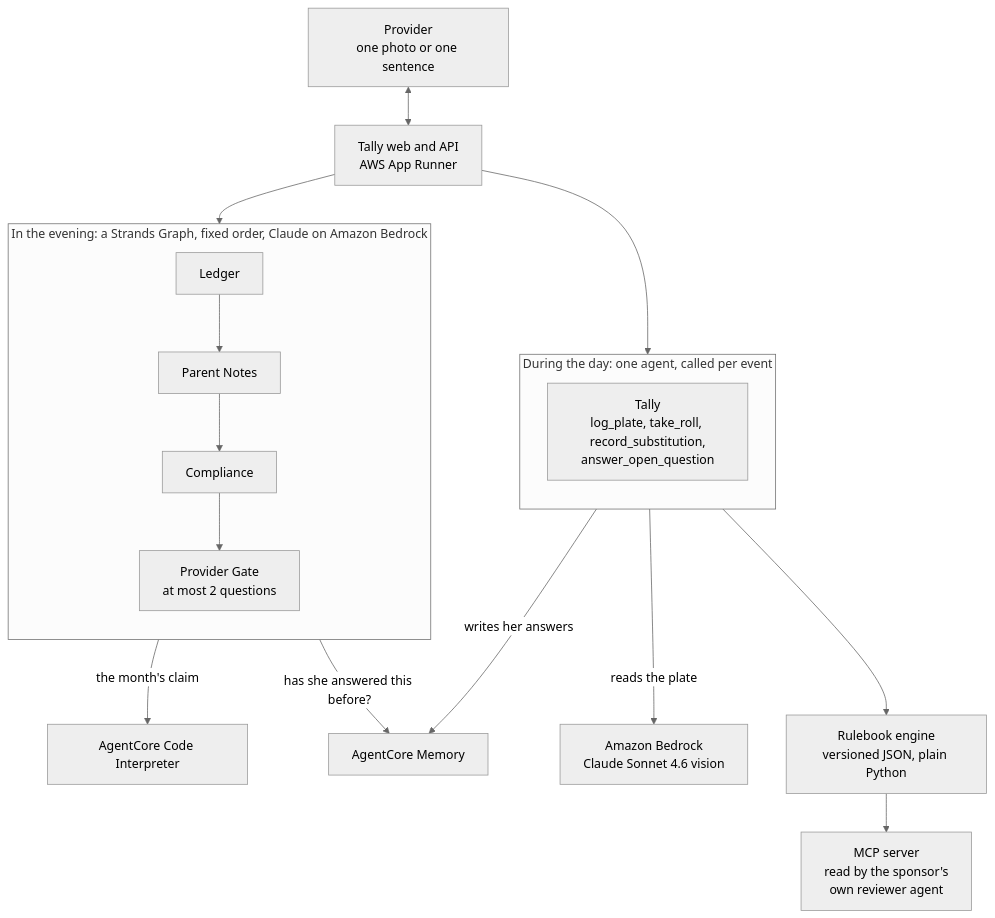
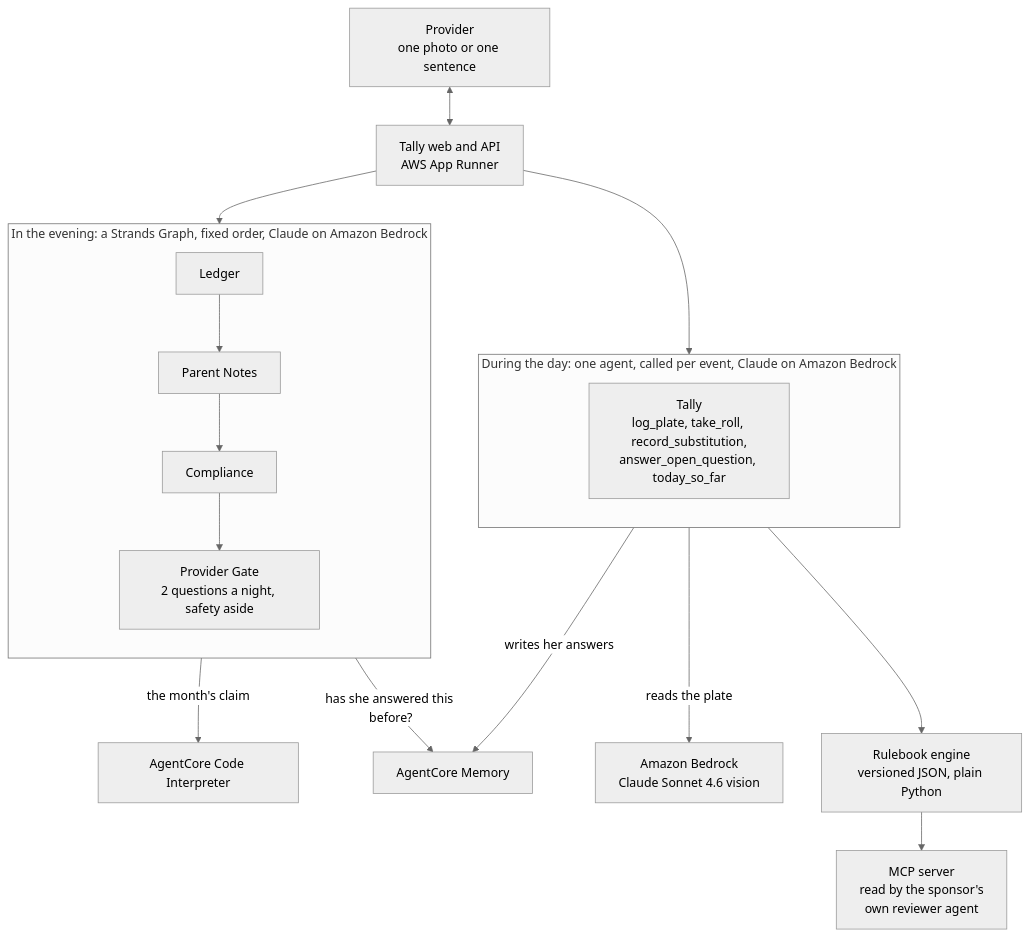
One commit to usv240/tally changed the diagram in README.md. Above: the diagram before and after it, drawn with Mermaid.

First paragraph of the commit message:
Audit every diagram edge against the code, and fix five more
Went through both diagrams edge by edge against the call sites rather than reading
the picture. Five things were wrong.

````diff
--- a/README.md
+++ b/README.md
@@ -65,27 +65,27 @@
 ```mermaid
 %%{init: {'theme': 'neutral'}}%%
 flowchart TB
   PROV["Provider<br/>one photo or one sentence"] <--> API
   API["Tally web and API<br/>AWS App Runner"]
   API --> DAYAGENT
   API --> LEDGER
 
-  subgraph DAY["During the day: one agent, called per event"]
+  subgraph DAY["During the day: one agent, called per event, Claude on Amazon Bedrock"]
     direction TB
-    DAYAGENT["Tally<br/>log_plate, take_roll, record_substitution,<br/>answer_open_question"]
+    DAYAGENT["Tally<br/>log_plate, take_roll, record_substitution,<br/>answer_open_question, today_so_far"]
   end
 
   subgraph EVENING["In the evening: a Strands Graph, fixed order, Claude on Amazon Bedrock"]
     direction TB
     LEDGER["Ledger"] --> NOTES["Parent Notes"]
     NOTES --> COMPLY["Compliance"]
-    COMPLY --> GATE["Provider Gate<br/>at most 2 questions"]
+    COMPLY --> GATE["Provider Gate<br/>2 questions a night, safety aside"]
   end
 
   LEDGER -->|"the month's claim"| CODE["AgentCore Code Interpreter"]
   COMPLY -->|"has she answered this before?"| MEM["AgentCore Memory"]
   DAYAGENT -->|"writes her answers"| MEM
   DAYAGENT -->|"reads the plate"| VISION["Amazon Bedrock<br/>Claude Sonnet 4.6 vision"]
   DAYAGENT --> RULES["Rulebook engine<br/>versioned JSON, plain Python"]
   RULES --> MCP["MCP server<br/>read by the sponsor's<br/>own reviewer agent"]
 ```
````
